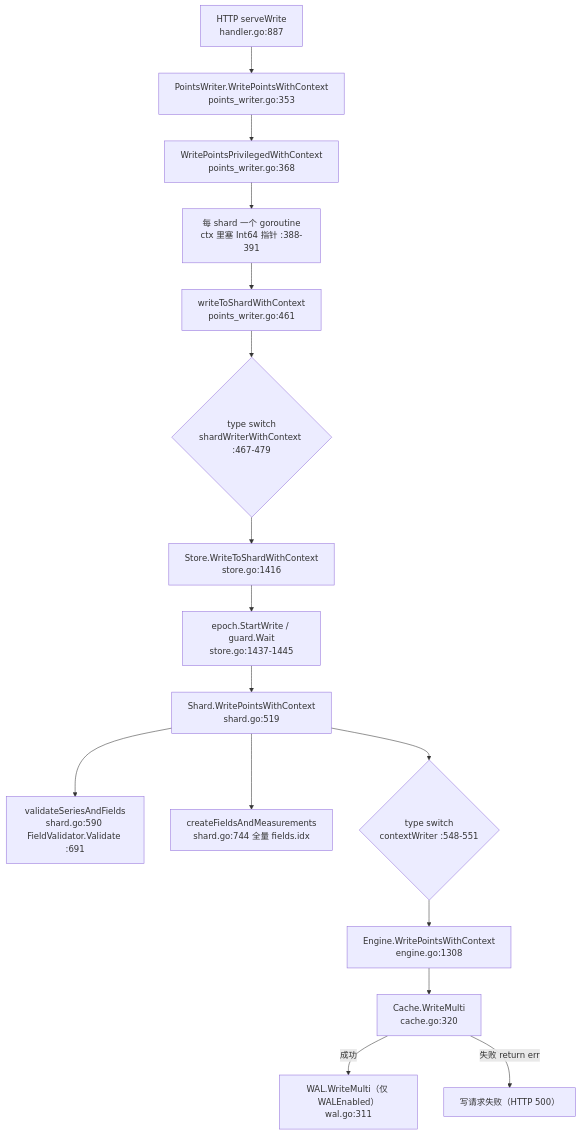
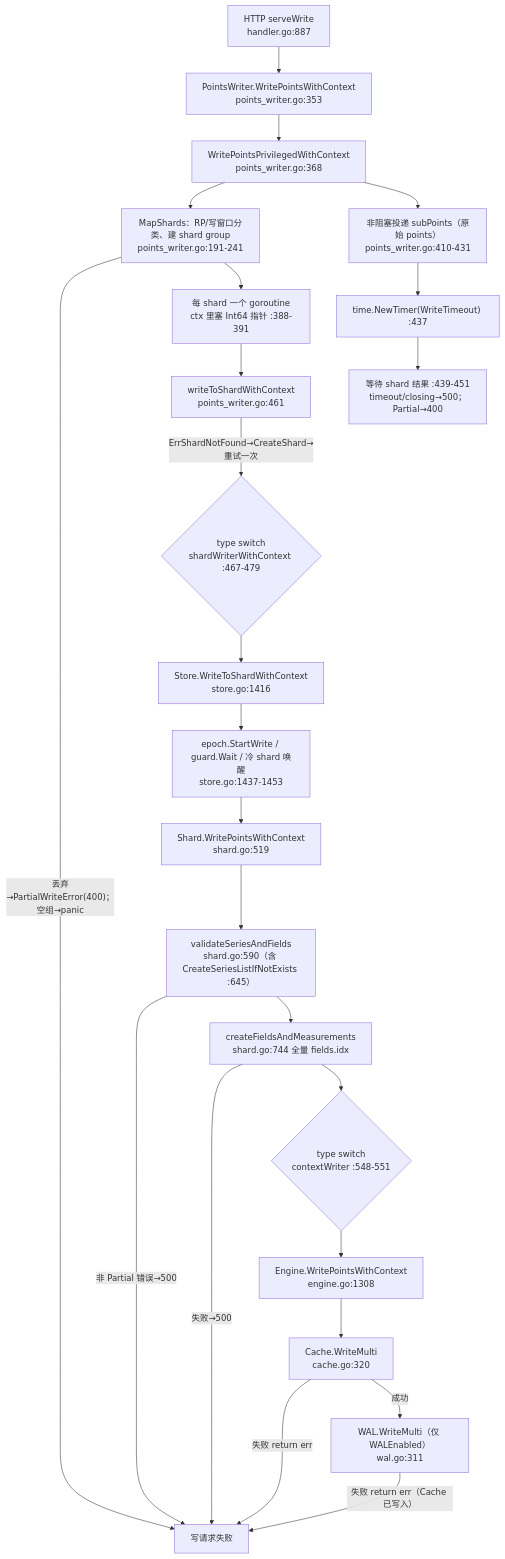
Before and after one commit to stefanv5/influxdb: the first of 3 diagrams in docs/specs/v1.8.10-vs-v1.12.3/01_write_path_diff.md, drawn with Mermaid. The commit also changed other lines of this file and 18 other files, not shown here.

````diff
--- a/docs/specs/v1.8.10-vs-v1.12.3/01_write_path_diff.md
+++ b/docs/specs/v1.8.10-vs-v1.12.3/01_write_path_diff.md
@@ -63,18 +63,26 @@
 ```mermaid
 flowchart TD
     H1["HTTP serveWrite<br/>handler.go:887"] --> P1["PointsWriter.WritePointsWithContext<br/>points_writer.go:353"]
     P1 --> PP1["WritePointsPrivilegedWithContext<br/>points_writer.go:368"]
-    PP1 --> G1["每 shard 一个 goroutine<br/>ctx 里塞 Int64 指针 :388-391"]
+    PP1 --> M1["MapShards：RP/写窗口分类、建 shard group<br/>points_writer.go:191-241"]
+    M1 -->|"丢弃→PartialWriteError(400)；空组→panic"| EX1["写请求失败"]
+    M1 --> G1["每 shard 一个 goroutine<br/>ctx 里塞 Int64 指针 :388-391"]
     G1 --> W1["writeToShardWithContext<br/>points_writer.go:461"]
-    W1 --> T1{"type switch<br/>shardWriterWithContext :467-479"}
+    W1 -->|"ErrShardNotFound→CreateShard→重试一次"| T1{"type switch<br/>shardWriterWithContext :467-479"}
     T1 --> S1["Store.WriteToShardWithContext<br/>store.go:1416"]
-    S1 --> E1["epoch.StartWrite / guard.Wait<br/>store.go:1437-1445"]
+    S1 --> E1["epoch.StartWrite / guard.Wait / 冷 shard 唤醒<br/>store.go:1437-1453"]
     E1 --> SH1["Shard.WritePointsWithContext<br/>shard.go:519"]
-    SH1 --> V1["validateSeriesAndFields<br/>shard.go:590 FieldValidator.Validate :691"]
-    SH1 --> CF1["createFieldsAndMeasurements<br/>shard.go:744 全量 fields.idx"]
-    SH1 --> T2{"type switch<br/>contextWriter :548-551"}
+    SH1 --> V1["validateSeriesAndFields<br/>shard.go:590（含 CreateSeriesListIfNotExists :645）"]
+    V1 -->|"非 Partial 错误→500"| EX1
+    V1 --> CF1["createFieldsAndMeasurements<br/>shard.go:744 全量 fields.idx"]
+    CF1 -->|"失败→500"| EX1
+    CF1 --> T2{"type switch<br/>contextWriter :548-551"}
     T2 --> EN1["Engine.WritePointsWithContext<br/>engine.go:1308"]
     EN1 --> C1["Cache.WriteMulti<br/>cache.go:320"]
+    C1 -->|"失败 return err"| EX1
     C1 -->|"成功"| L1["WAL.WriteMulti（仅 WALEnabled）<br/>wal.go:311"]
-    C1 -->|"失败 return err"| EX1["写请求失败（HTTP 500）"]
+    L1 -->|"失败 return err（Cache 已写入）"| EX1
+    PP1 --> SUB1["非阻塞投递 subPoints（原始 points）<br/>points_writer.go:410-431"]
+    SUB1 --> TM1["time.NewTimer(WriteTimeout) :437"]
+    TM1 --> R1["等待 shard 结果 :439-451<br/>timeout/closing→500；Partial→400"]
 ```
````
